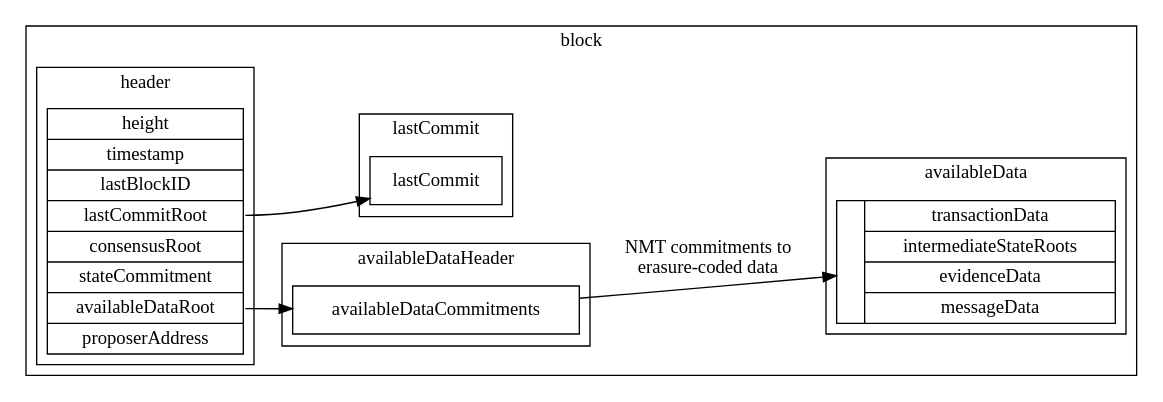
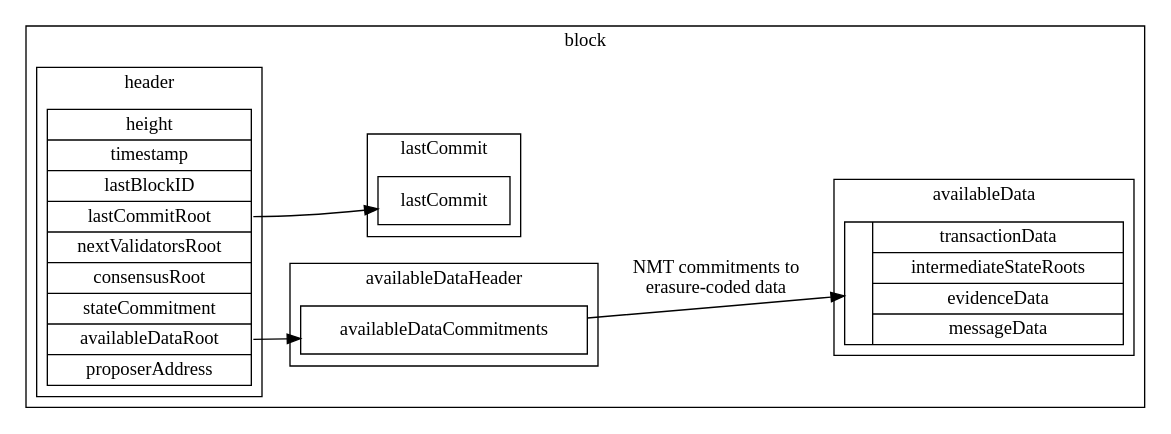
Before and after one commit to celestiaorg/celestia-specs: the diagram in specs/figures/block_data_structures.dot, drawn with Graphviz. The commit also changed 2 other files, not shown here.

Commit message:
Add next validators root to block header.

```diff
--- a/specs/figures/block_data_structures.dot
+++ b/specs/figures/block_data_structures.dot
@@ -1,36 +1,36 @@
 digraph G {
     rankdir = "LR";
     node [shape = record];
 
     subgraph cluster_block {
         label = "block";
 
         subgraph cluster_availableheader {
             label = "availableDataHeader";
             struct4 [label = "{<f0> availableDataCommitments}"];
         }
 
         subgraph cluster_body {
             label = "availableData";
             struct3 [label = "{ | { transactionData | intermediateStateRoots | evidenceData | messageData } }"];
         }
 
         subgraph cluster_lastcommit {
             label = "lastCommit";
             struct2 [label = "{lastCommit}"];
         }
 
         subgraph cluster_header {
             label = "header";
-            struct1 [label = "height | timestamp | lastBlockID | <f3> lastCommitRoot | consensusRoot | stateCommitment | <f6> availableDataRoot | proposerAddress"];
+            struct1 [label = "height | timestamp | lastBlockID | <f3> lastCommitRoot | nextValidatorsRoot | consensusRoot | stateCommitment | <f7> availableDataRoot | proposerAddress"];
         }
     }
 
     struct1:f3 -> struct2;
-    struct1:f6 -> struct4;
+    struct1:f7 -> struct4;
     struct4:f0 -> struct3 [label = "NMT commitments to\nerasure-coded data"];
 
     edge [style = invis];
     struct1 -> struct3;
     struct1 -> struct4;
 }
```
